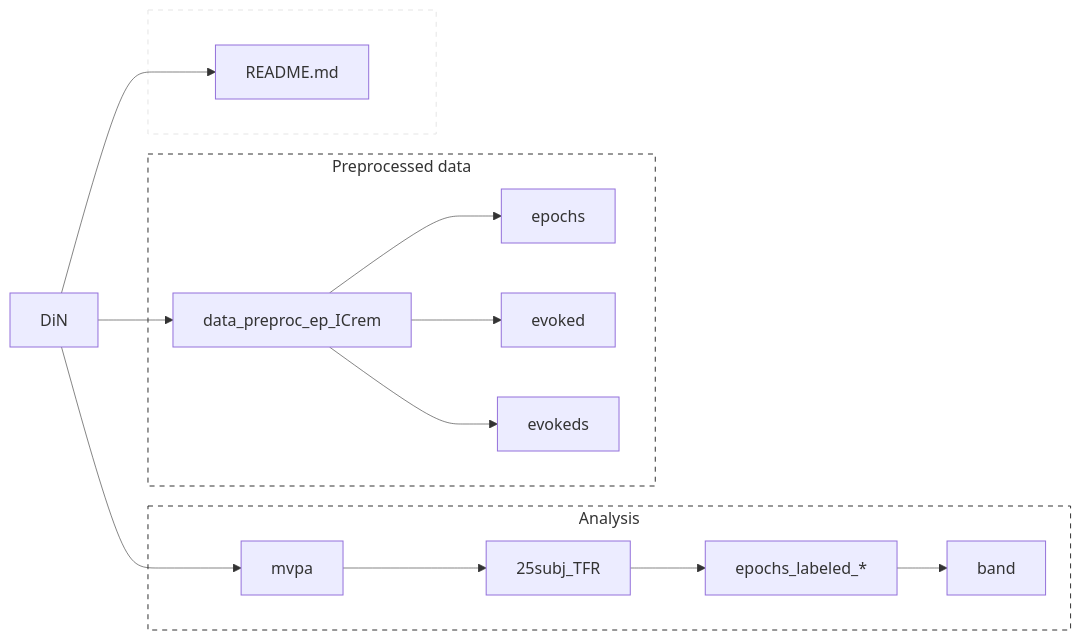
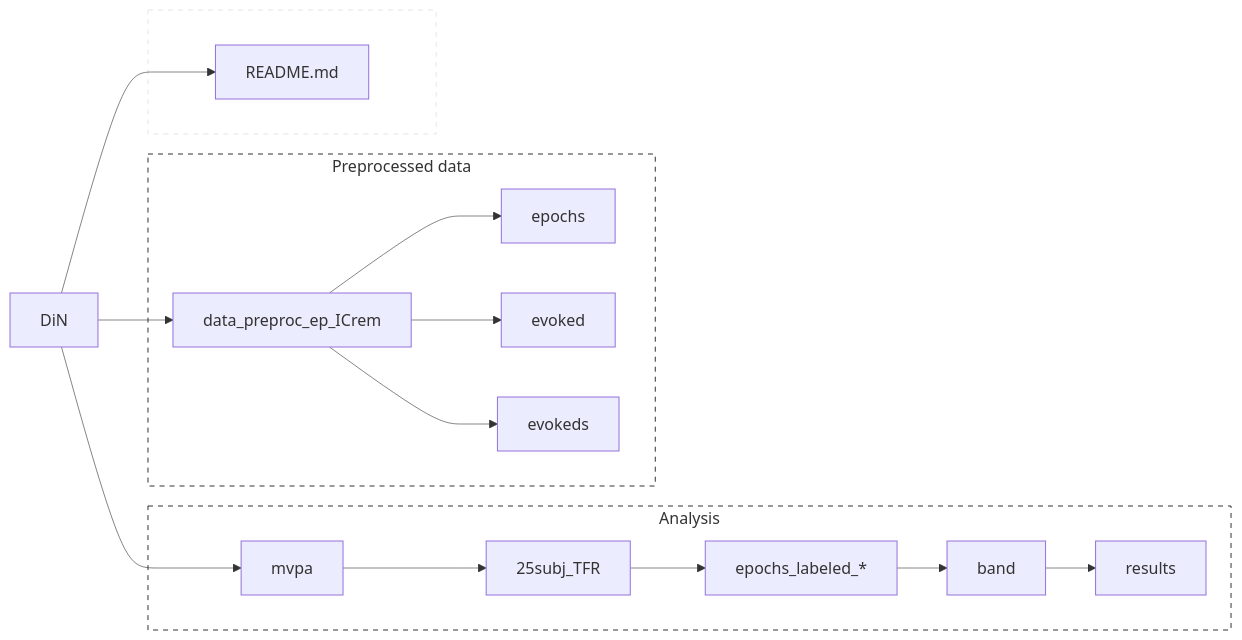
The second of 2 diagrams in Projects/SINEEG/DiN/README.md (Neuroling/SPINCO_SINEEG), drawn with Mermaid before and after one commit.

````diff
--- a/Projects/SINEEG/DiN/README.md
+++ b/Projects/SINEEG/DiN/README.md
@@ -120,26 +120,27 @@
 ```mermaid
 graph LR
     root[DiN] --> 1[README.md]
     root --> 2[data_preproc_ep_ICrem]
     root --> 3[mvpa]
     subgraph 3g[Analysis]
       3 --> 31[25subj_TFR]
       31 --> 32[epochs_labeled_*]
       32 --> 33[band]
+      33 --> 34[results]
     end
     subgraph 2g[Preprocessed data]
       2 --> 21[epochs]
       2 --> 22[evoked]
       2 --> 23[evokeds]
     end
     subgraph 1g[ ]
       1
     end
     
 
-linkStyle 0,1,2,3,4,5,6,7,8 stroke-width:.6px;
+linkStyle 0,1,2,3,4,5,6,7,8,9 stroke-width:.6px;
 
 style 1g fill:transparent,stroke:#E5E5E5,stroke-width:1px,stroke-dasharray:5;
 style 2g fill:transparent,stroke:#323232,stroke-width:1px,stroke-dasharray:5;
 style 3g fill:transparent,stroke:#323232,stroke-width:1px,stroke-dasharray:5;
 ```
````
